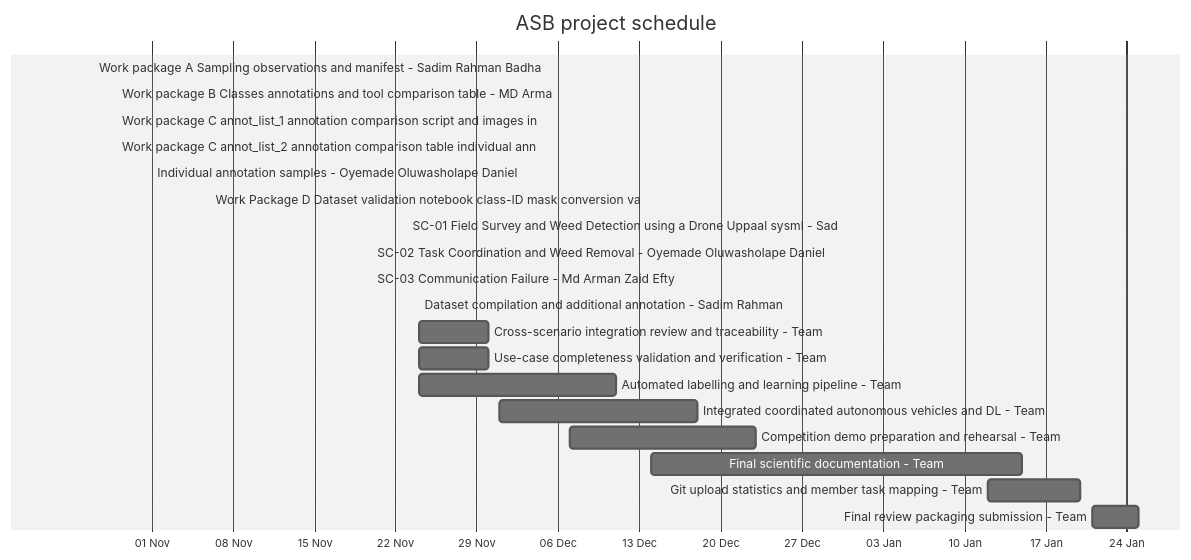
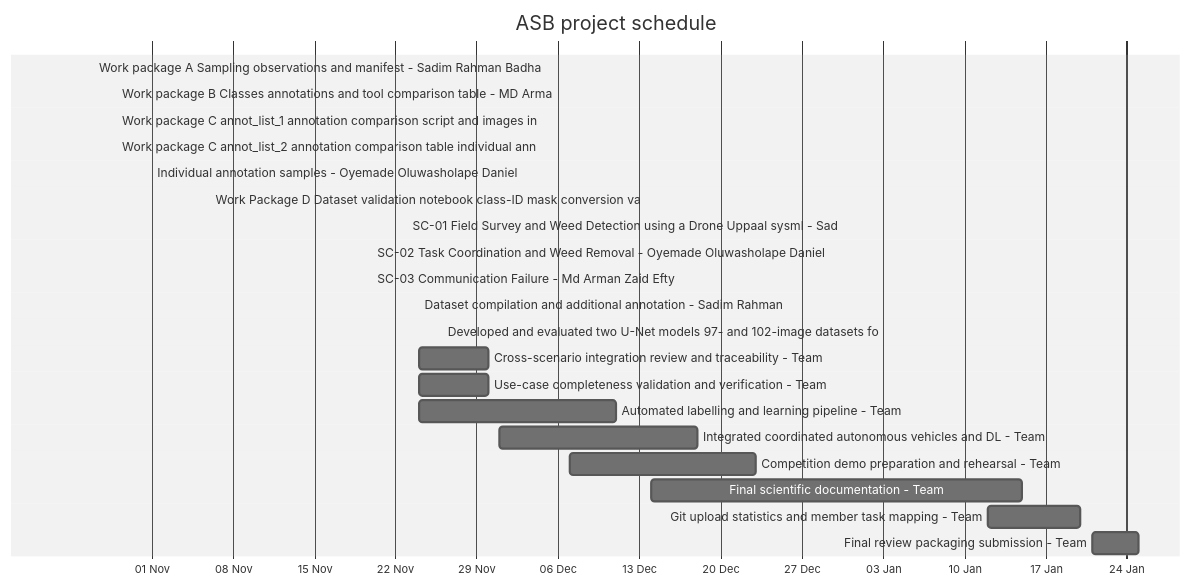
One commit to SamRB-dev/PrecisionFarming changed the diagram in documentation/project_management/GANTT.md. Above: the diagram before and after it, drawn with Mermaid (neutral theme). The commit also changed other lines of this file, not shown here.

Commit message:
chore: refresh project Gantt

````diff
--- a/documentation/project_management/GANTT.md
+++ b/documentation/project_management/GANTT.md
@@ -30,25 +31,26 @@
 ```mermaid
 gantt
     title ASB project schedule
     dateFormat YYYY-MM-DD
     axisFormat %d %b
     Work package A Sampling observations and manifest - Sadim Rahman Badha :done, 2026-10-27, 2026-10-27
     Work package B Classes annotations and tool comparison table - MD Arma :done, 2026-10-29, 2026-10-29
     Work package C annot_list_1 annotation comparison script and images in :done, 2026-10-29, 2026-10-29
     Work package C annot_list_2 annotation comparison table individual ann :done, 2026-10-29, 2026-10-29
     Individual annotation samples - Oyemade Oluwasholape Daniel :done, 2026-11-01, 2026-11-01
     Work Package D Dataset validation notebook class-ID mask conversion va :done, 2026-11-06, 2026-11-06
     SC-01 Field Survey and Weed Detection using a Drone Uppaal sysml - Sad :done, 2026-11-23, 2026-11-23
     SC-02 Task Coordination and Weed Removal - Oyemade Oluwasholape Daniel :done, 2026-11-20, 2026-11-20
     SC-03 Communication Failure - Md Arman Zaid Efty :done, 2026-11-20, 2026-11-20
     Dataset compilation and additional annotation - Sadim Rahman :done, 2026-11-24, 2026-11-24
+    Developed and evaluated two U-Net models 97- and 102-image datasets fo :done, 2026-11-26, 2026-11-26
     Cross-scenario integration review and traceability - Team :2026-11-24, 2026-11-30
     Use-case completeness validation and verification - Team :2026-11-24, 2026-11-30
     Automated labelling and learning pipeline - Team :2026-11-24, 2026-12-11
     Integrated coordinated autonomous vehicles and DL - Team :2026-12-01, 2026-12-18
     Competition demo preparation and rehearsal - Team :2026-12-07, 2026-12-23
     Final scientific documentation - Team :2026-12-14, 2027-01-15
     Git upload statistics and member task mapping - Team :2027-01-12, 2027-01-20
     Final review packaging submission - Team :2027-01-21, 2027-01-25
 
 ```
````
